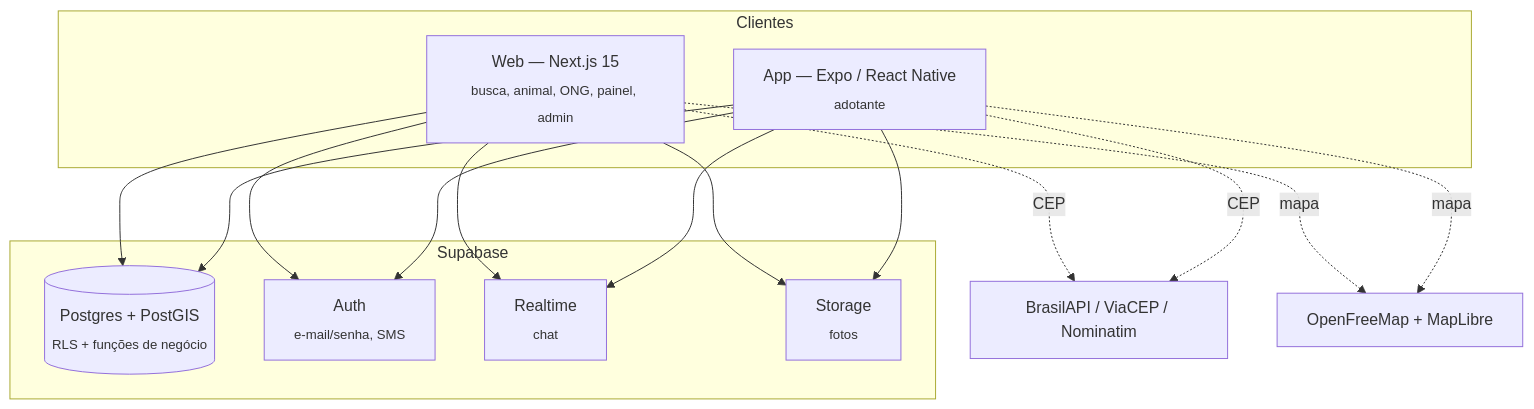
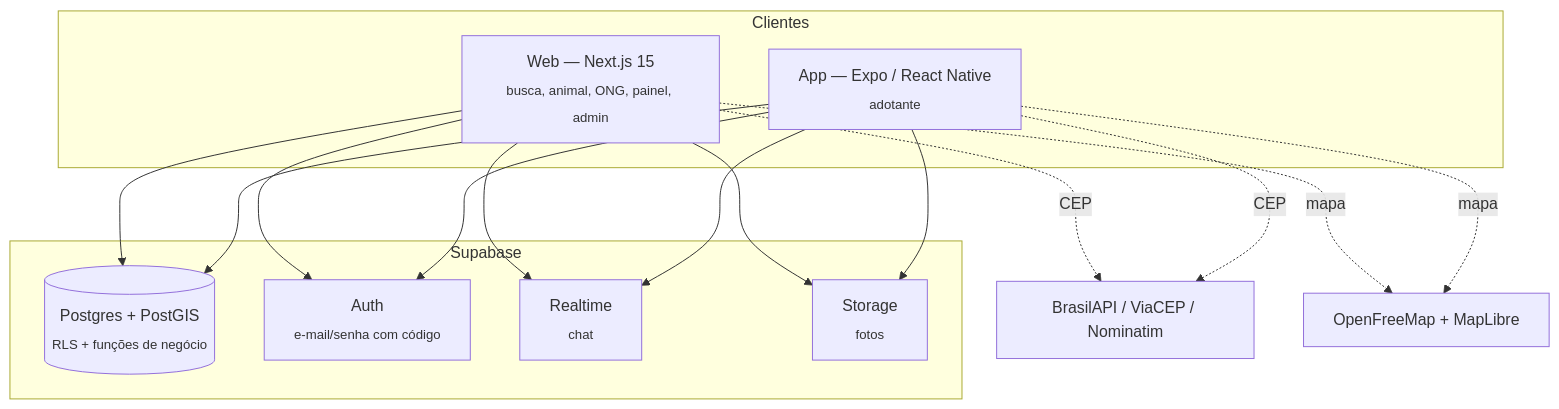
Before and after one commit to patrickgit0/pet-app: the second of 2 diagrams in README.md, drawn with Mermaid. The commit also changed other lines of this file and 2 other files, not shown here.

````diff
--- a/README.md
+++ b/README.md
@@ -106,16 +111,16 @@
 ```mermaid
 flowchart TB
   subgraph Clientes
     W[Web — Next.js 15<br/><sub>busca, animal, ONG, painel, admin</sub>]
     M[App — Expo / React Native<br/><sub>adotante</sub>]
   end
   subgraph Supabase
     PG[(Postgres + PostGIS<br/><sub>RLS + funções de negócio</sub>)]
-    AU[Auth<br/><sub>e-mail/senha, SMS</sub>]
+    AU[Auth<br/><sub>e-mail/senha com código</sub>]
     RT[Realtime<br/><sub>chat</sub>]
     ST[Storage<br/><sub>fotos</sub>]
   end
   W & M --> AU & PG & RT & ST
   W & M -. CEP .-> BR[BrasilAPI / ViaCEP / Nominatim]
   W & M -. mapa .-> OFM[OpenFreeMap + MapLibre]
 ```
````
